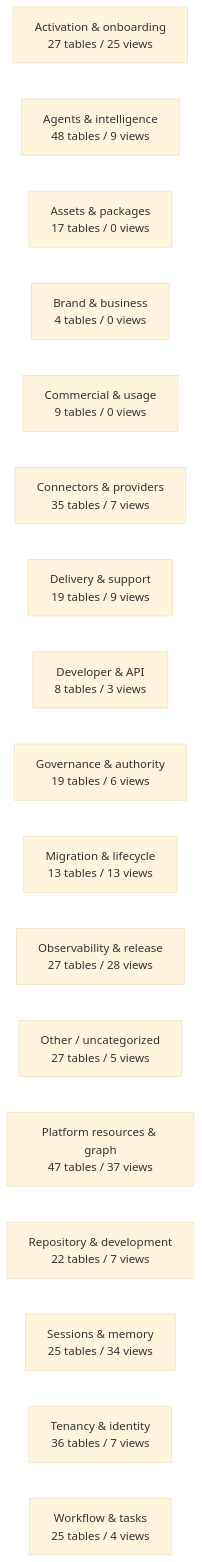
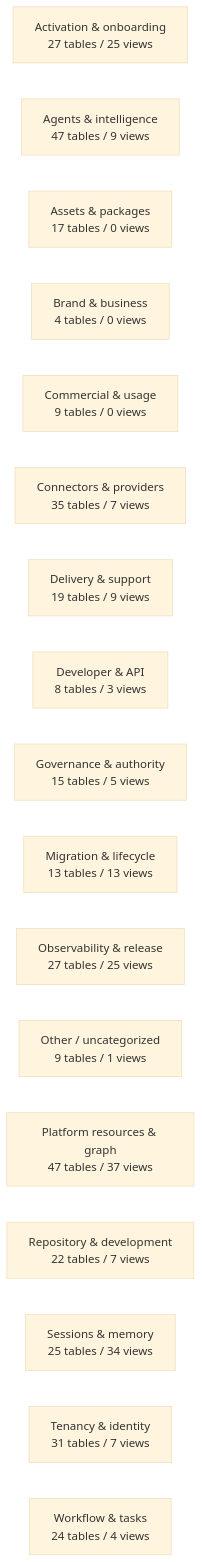
One commit to mad4bdigital-ai/multi-business-multi-role-growth-intelligence-os changed the diagram in docs/work-maps/data-model-domain-map.md. Above: the diagram before and after it, drawn with Mermaid (base theme). The commit also changed other lines of this file and 2 other files, not shown here.

````diff
--- a/docs/work-maps/data-model-domain-map.md
+++ b/docs/work-maps/data-model-domain-map.md
@@ -9,20 +9,20 @@
 ```mermaid
 flowchart LR
   n_Activation___onboarding["Activation & onboarding<br/>27 tables / 25 views"]
-  n_Agents___intelligence["Agents & intelligence<br/>48 tables / 9 views"]
+  n_Agents___intelligence["Agents & intelligence<br/>47 tables / 9 views"]
   n_Assets___packages["Assets & packages<br/>17 tables / 0 views"]
   n_Brand___business["Brand & business<br/>4 tables / 0 views"]
   n_Commercial___usage["Commercial & usage<br/>9 tables / 0 views"]
   n_Connectors___providers["Connectors & providers<br/>35 tables / 7 views"]
   n_Delivery___support["Delivery & support<br/>19 tables / 9 views"]
   n_Developer___API["Developer & API<br/>8 tables / 3 views"]
-  n_Governance___authority["Governance & authority<br/>19 tables / 6 views"]
+  n_Governance___authority["Governance & authority<br/>15 tables / 5 views"]
   n_Migration___lifecycle["Migration & lifecycle<br/>13 tables / 13 views"]
-  n_Observability___release["Observability & release<br/>27 tables / 28 views"]
-  n_Other___uncategorized["Other / uncategorized<br/>27 tables / 5 views"]
+  n_Observability___release["Observability & release<br/>27 tables / 25 views"]
+  n_Other___uncategorized["Other / uncategorized<br/>9 tables / 1 views"]
   n_Platform_resources___graph["Platform resources & graph<br/>47 tables / 37 views"]
   n_Repository___development["Repository & development<br/>22 tables / 7 views"]
   n_Sessions___memory["Sessions & memory<br/>25 tables / 34 views"]
-  n_Tenancy___identity["Tenancy & identity<br/>36 tables / 7 views"]
-  n_Workflow___tasks["Workflow & tasks<br/>25 tables / 4 views"]
+  n_Tenancy___identity["Tenancy & identity<br/>31 tables / 7 views"]
+  n_Workflow___tasks["Workflow & tasks<br/>24 tables / 4 views"]
 ```
````
